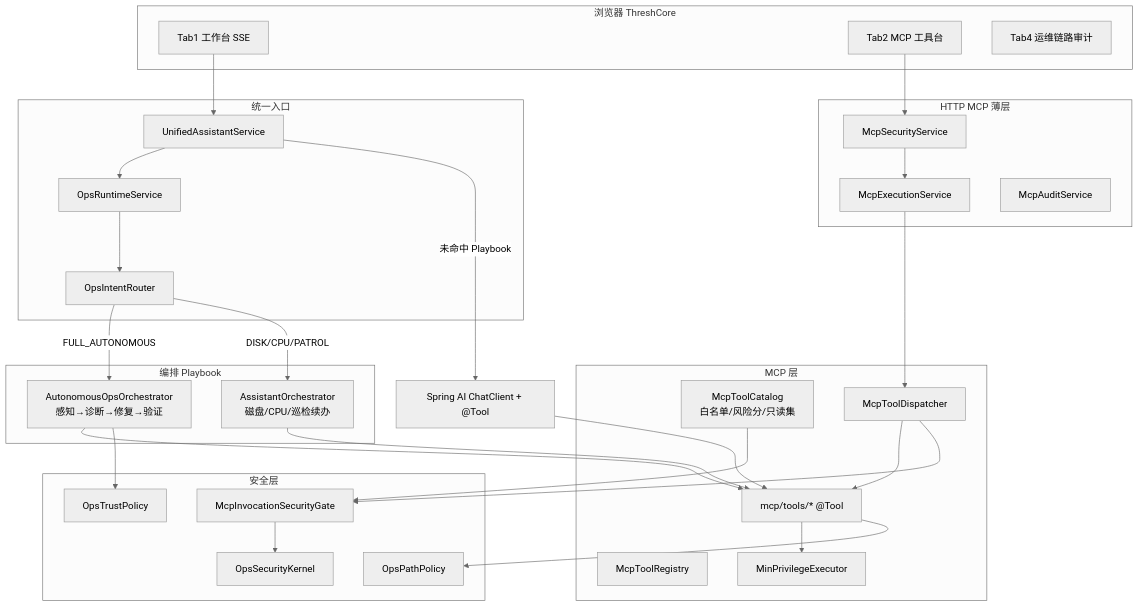
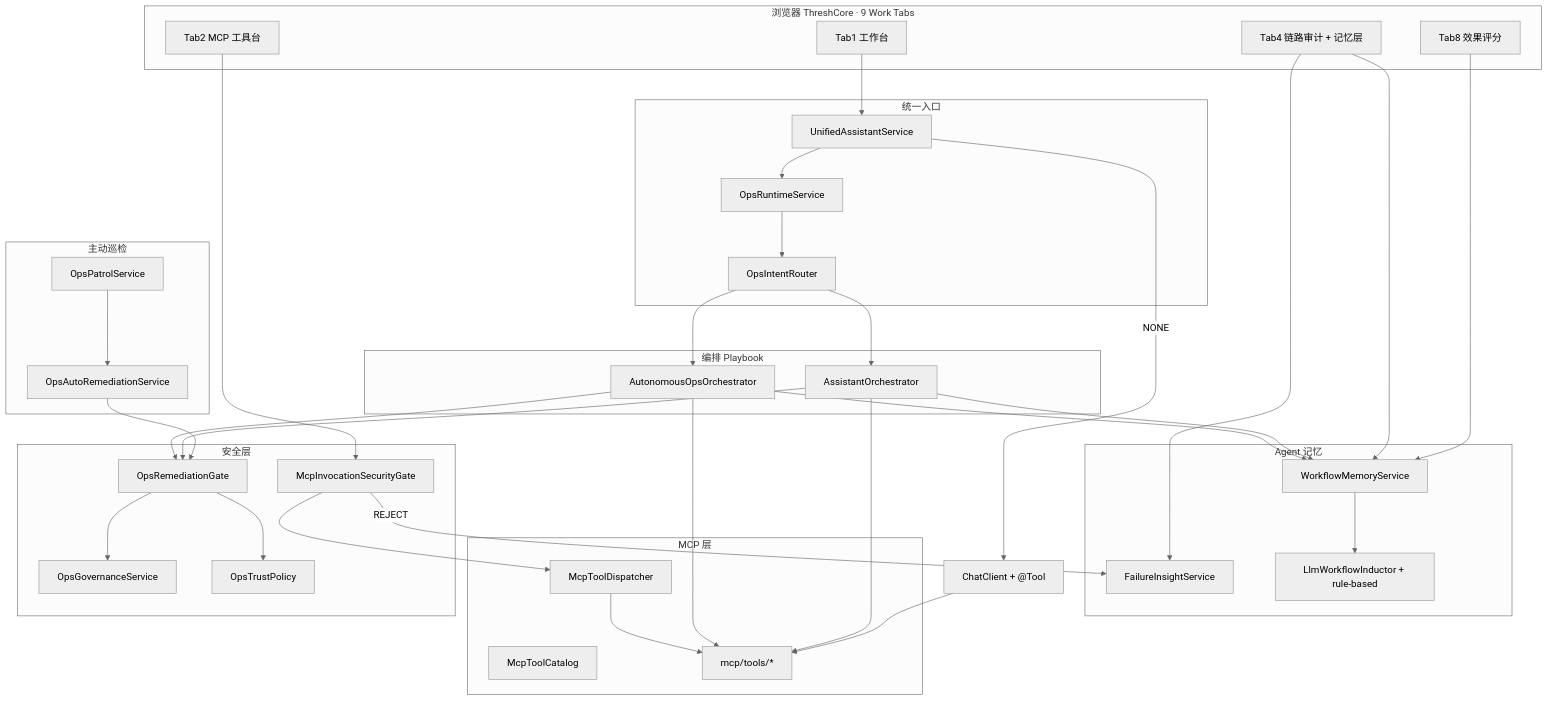
Before and after one commit to zhaokai0604/-agent: the diagram in README.md, drawn with Mermaid (neutral theme). The commit also changed other lines of this file and 141 other files, not shown here.

````diff
--- a/README.md
+++ b/README.md
@@ -104,60 +111,59 @@
 ```mermaid
 flowchart TB
-  subgraph ui[浏览器 ThreshCore]
-    T1[Tab1 工作台 SSE]
+  subgraph ui[浏览器 ThreshCore · 9 Work Tabs]
+    T1[Tab1 工作台]
     T2[Tab2 MCP 工具台]
-    T4[Tab4 运维链路审计]
+    T4[Tab4 链路审计 + 记忆层]
+    T8[Tab8 效果评分]
   end
 
   subgraph entry[统一入口]
     UAS[UnifiedAssistantService]
     ORS[OpsRuntimeService]
     OIR[OpsIntentRouter]
   end
 
   subgraph playbooks[编排 Playbook]
-    AOO[AutonomousOpsOrchestrator<br/>感知→诊断→修复→验证]
-    ASO[AssistantOrchestrator<br/>磁盘/CPU/巡检续办]
+    AOO[AutonomousOpsOrchestrator]
+    ASO[AssistantOrchestrator]
+  end
+
+  subgraph awm[Agent 记忆]
+    WMS[WorkflowMemoryService]
+    FIS[FailureInsightService]
+    IND[LlmWorkflowInductor + rule-based]
   end
 
   subgraph mcp[MCP 层]
-    CAT[McpToolCatalog<br/>白名单/风险分/只读集]
-    REG[McpToolRegistry]
+    CAT[McpToolCatalog]
     DISP[McpToolDispatcher]
-    TOOLS[mcp/tools/* @Tool]
-    MPE[MinPrivilegeExecutor]
-  end
-
-  subgraph mcpHttp[HTTP MCP 薄层]
-    SECSVC[McpSecurityService]
-    EXSVC[McpExecutionService]
-    AUDSVC[McpAuditService]
+    TOOLS[mcp/tools/*]
   end
 
   subgraph sec[安全层]
     GATE[McpInvocationSecurityGate]
-    KERNEL[OpsSecurityKernel]
-    PATH[OpsPathPolicy]
+    GOV[OpsGovernanceService]
+    REM[OpsRemediationGate]
     TRUST[OpsTrustPolicy]
   end
 
-  T1 --> UAS
-  UAS --> ORS
-  ORS --> OIR
-  OIR -->|FULL_AUTONOMOUS| AOO
-  OIR -->|DISK/CPU/PATROL| ASO
-  UAS -->|未命中 Playbook| LLM[Spring AI ChatClient + @Tool]
-  T2 --> SECSVC
-  SECSVC --> EXSVC
-  EXSVC --> DISP
-  DISP --> TOOLS
-  CAT --> GATE
-  TOOLS --> MPE
-  AOO --> TOOLS
-  ASO --> TOOLS
-  LLM --> TOOLS
-  DISP --> GATE
-  GATE --> KERNEL
-  TOOLS --> PATH
-  AOO --> TRUST
+  subgraph patrol[主动巡检]
+    PATROL[OpsPatrolService]
+    AUTO[OpsAutoRemediationService]
+  end
+
+  T1 --> UAS --> ORS --> OIR
+  OIR --> AOO & ASO
+  UAS -->|NONE| LLM[ChatClient + @Tool]
+  T2 --> GATE --> DISP --> TOOLS
+  AOO & ASO --> REM
+  PATROL --> AUTO --> REM
+  REM --> GOV
+  REM --> TRUST
+  AOO & ASO & LLM --> TOOLS
+  AOO & ASO --> WMS
+  GATE -->|REJECT| FIS
+  WMS --> IND
+  T4 --> WMS & FIS
+  T8 --> WMS
 ```
````
